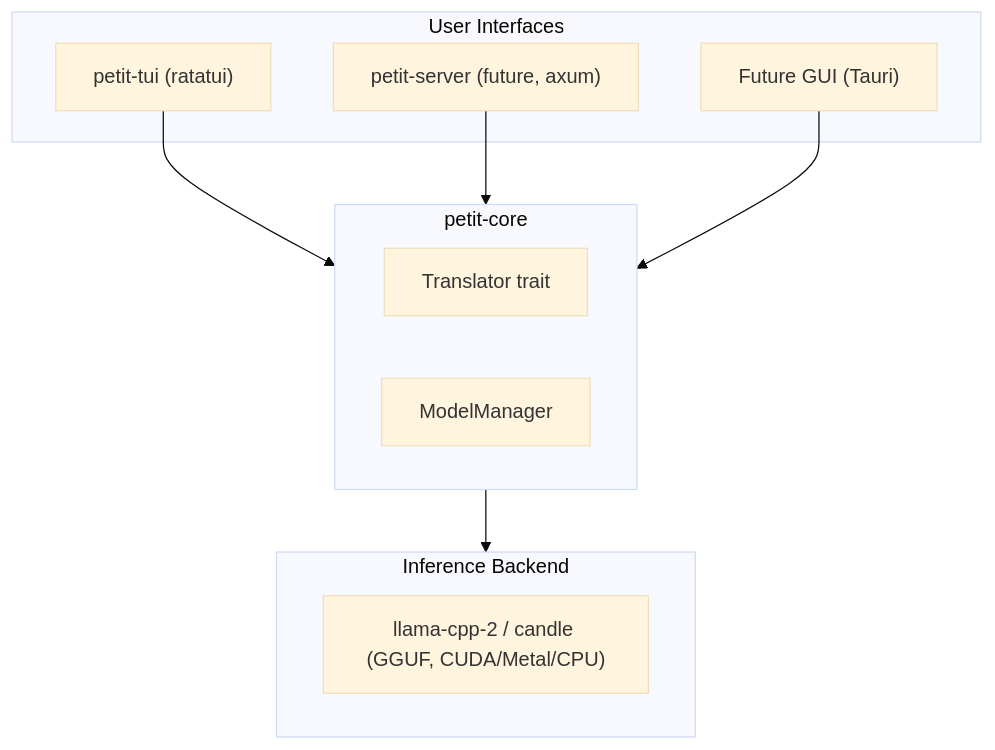
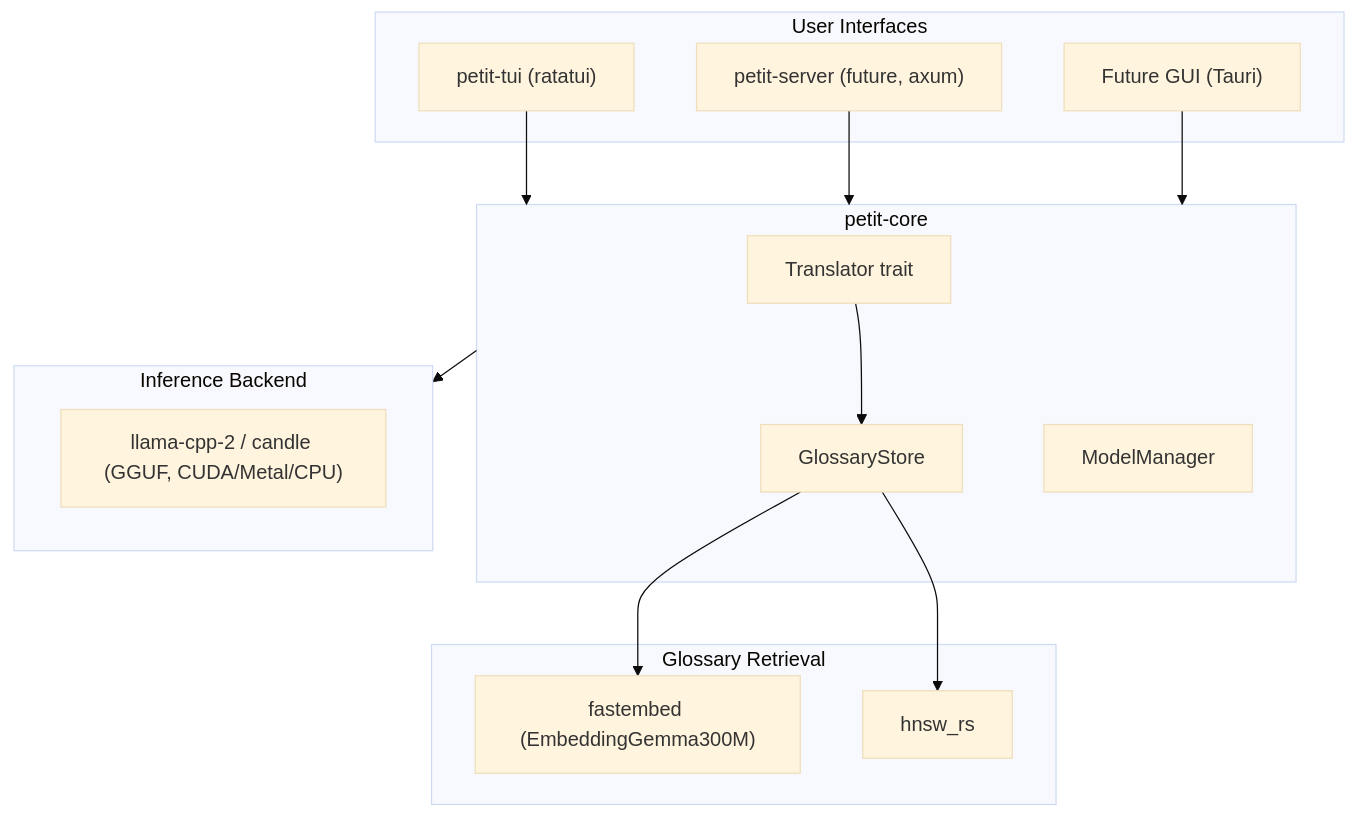
One commit to chrisyqpro/petit_trad changed the diagram in docs/design-docs/architecture.md. Above: the diagram before and after it, drawn with Mermaid (base theme). The commit also changed other lines of this file and 45 other files, not shown here.

````diff
--- a/docs/design-docs/architecture.md
+++ b/docs/design-docs/architecture.md
@@ -86,22 +93,31 @@
 ```mermaid
 flowchart TB
     subgraph ui["User Interfaces"]
         tui["petit-tui (ratatui)"]
         srv["petit-server (future, axum)"]
         gui["Future GUI (Tauri)"]
     end
 
     subgraph core["petit-core"]
         tr["Translator trait"]
+        gs["GlossaryStore"]
         mm["ModelManager"]
     end
 
     subgraph infer["Inference Backend"]
         lc["llama-cpp-2 / candle (GGUF, CUDA/Metal/CPU)"]
     end
 
+    subgraph retrieve["Glossary Retrieval"]
+        fe["fastembed (EmbeddingGemma300M)"]
+        hv["hnsw_rs"]
+    end
+
     tui --> core
     srv --> core
     gui --> core
     core --> infer
+    tr --> gs
+    gs --> fe
+    gs --> hv
 ```
````
